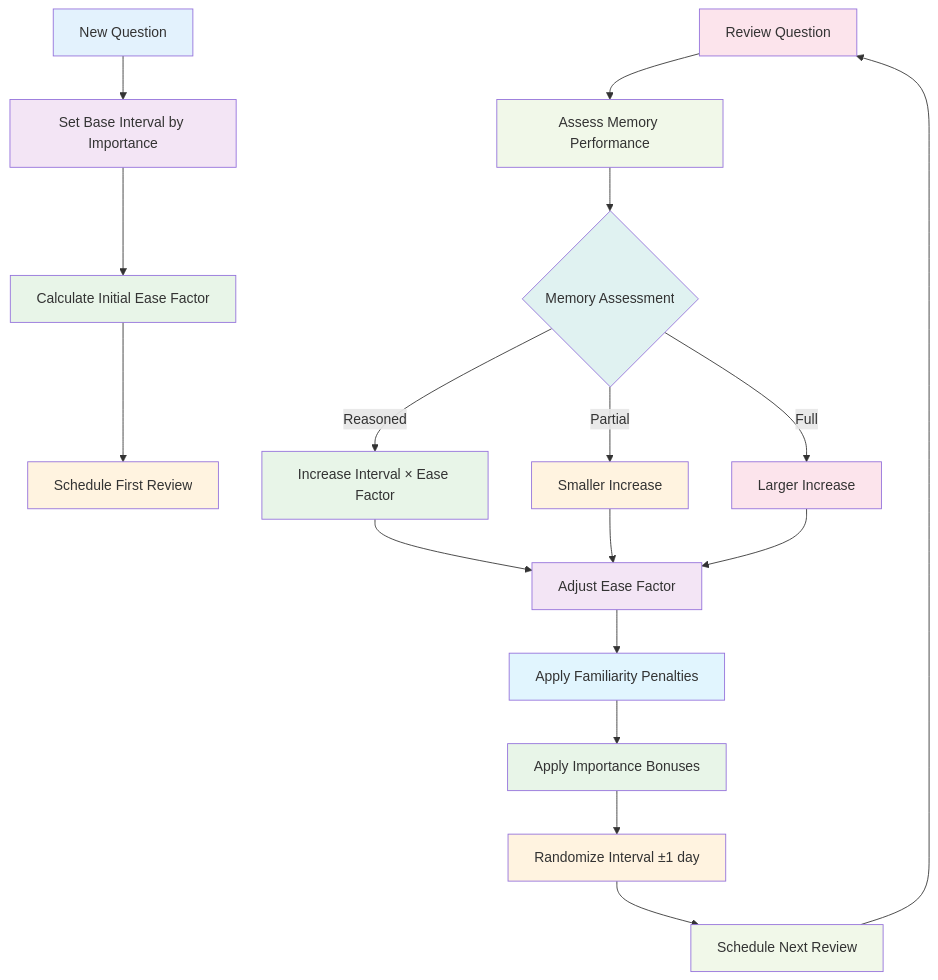
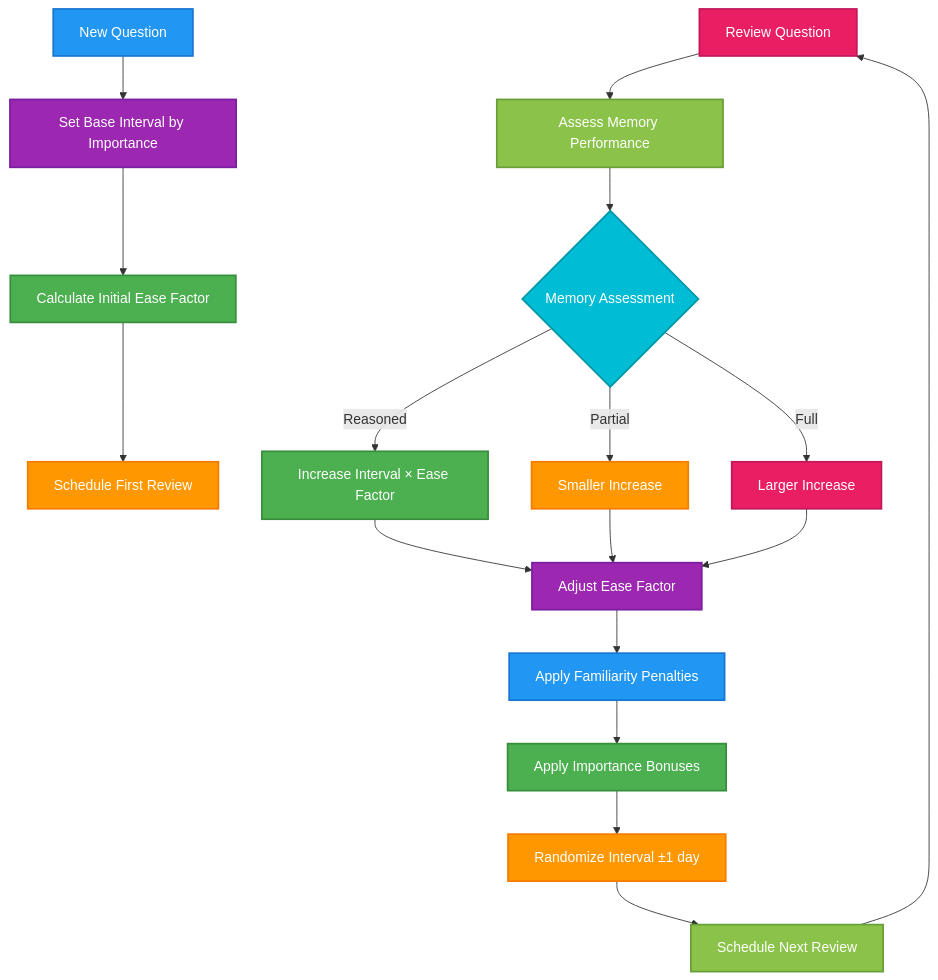
The fourth of 8 diagrams in README.md (eannchen/leetsolv), drawn with Mermaid before and after one commit. The commit also changed other lines of this file, not shown here.

Commit message:
docs: update README.md to improve flowchart styles with new color schemes for better visual clarity and consistency across sections

````diff
--- a/README.md
+++ b/README.md
@@ -514,38 +514,38 @@
 ```mermaid
 flowchart TD
     A[New Question] --> B[Set Base Interval by Importance]
     B --> C[Calculate Initial Ease Factor]
     C --> D[Schedule First Review]
 
     E[Review Question] --> F[Assess Memory Performance]
     F --> G{Memory Assessment}
     G -->|Reasoned| H[Increase Interval × Ease Factor]
     G -->|Partial| I[Smaller Increase]
     G -->|Full| J[Larger Increase]
 
     H --> K[Adjust Ease Factor]
     I --> K
     J --> K
 
     K --> L[Apply Familiarity Penalties]
     L --> M[Apply Importance Bonuses]
     M --> N[Randomize Interval ±1 day]
     N --> O[Schedule Next Review]
     O --> E
 
-    style A fill:#e3f2fd
-    style B fill:#f3e5f5
-    style C fill:#e8f5e8
-    style D fill:#fff3e0
-    style E fill:#fce4ec
-    style F fill:#f1f8e9
-    style G fill:#e0f2f1
-    style H fill:#e8f5e8
-    style I fill:#fff3e0
-    style J fill:#fce4ec
-    style K fill:#f3e5f5
-    style L fill:#e1f5fe
-    style M fill:#e8f5e8
-    style N fill:#fff3e0
-    style O fill:#f1f8e9
+    style A fill:#2196F3,stroke:#1976D2,stroke-width:2px,color:#ffffff
+    style B fill:#9C27B0,stroke:#7B1FA2,stroke-width:2px,color:#ffffff
+    style C fill:#4CAF50,stroke:#388E3C,stroke-width:2px,color:#ffffff
+    style D fill:#FF9800,stroke:#F57C00,stroke-width:2px,color:#ffffff
+    style E fill:#E91E63,stroke:#C2185B,stroke-width:2px,color:#ffffff
+    style F fill:#8BC34A,stroke:#689F38,stroke-width:2px,color:#ffffff
+    style G fill:#00BCD4,stroke:#0097A7,stroke-width:2px,color:#ffffff
+    style H fill:#4CAF50,stroke:#388E3C,stroke-width:2px,color:#ffffff
+    style I fill:#FF9800,stroke:#F57C00,stroke-width:2px,color:#ffffff
+    style J fill:#E91E63,stroke:#C2185B,stroke-width:2px,color:#ffffff
+    style K fill:#9C27B0,stroke:#7B1FA2,stroke-width:2px,color:#ffffff
+    style L fill:#2196F3,stroke:#1976D2,stroke-width:2px,color:#ffffff
+    style M fill:#4CAF50,stroke:#388E3C,stroke-width:2px,color:#ffffff
+    style N fill:#FF9800,stroke:#F57C00,stroke-width:2px,color:#ffffff
+    style O fill:#8BC34A,stroke:#689F38,stroke-width:2px,color:#ffffff
 ```
````
